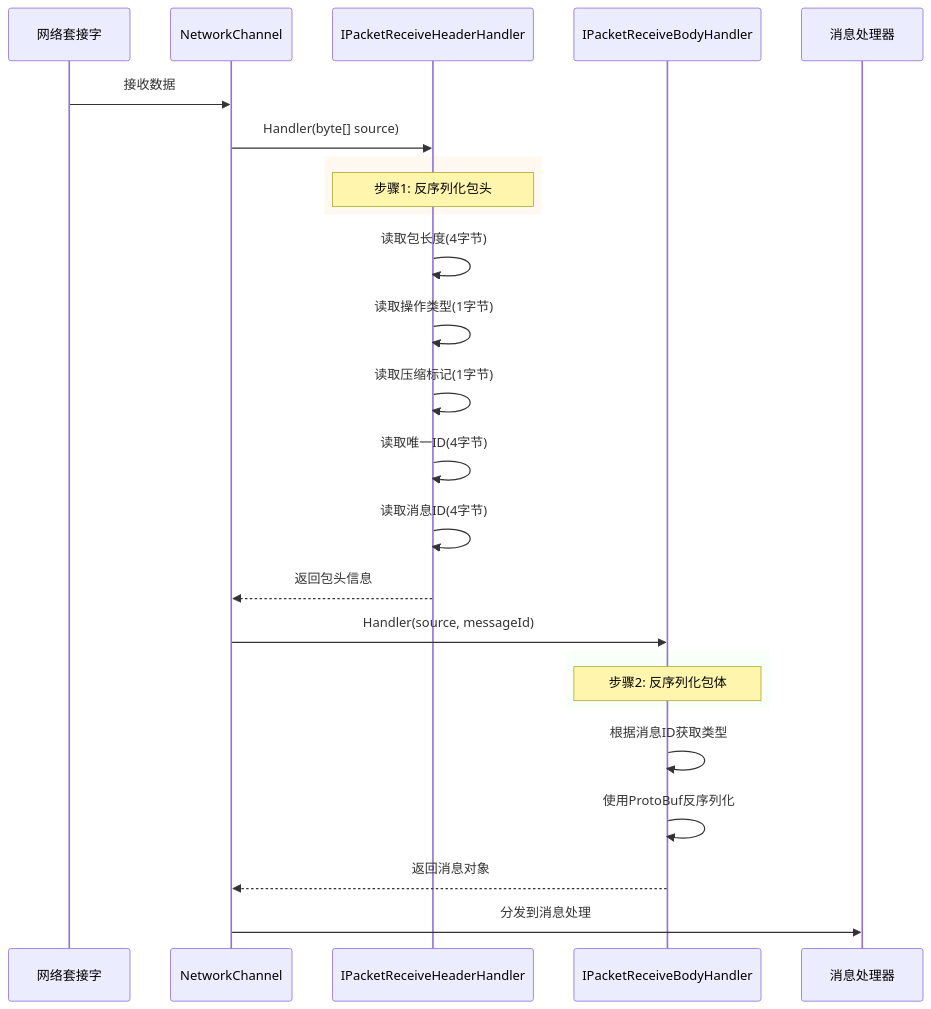
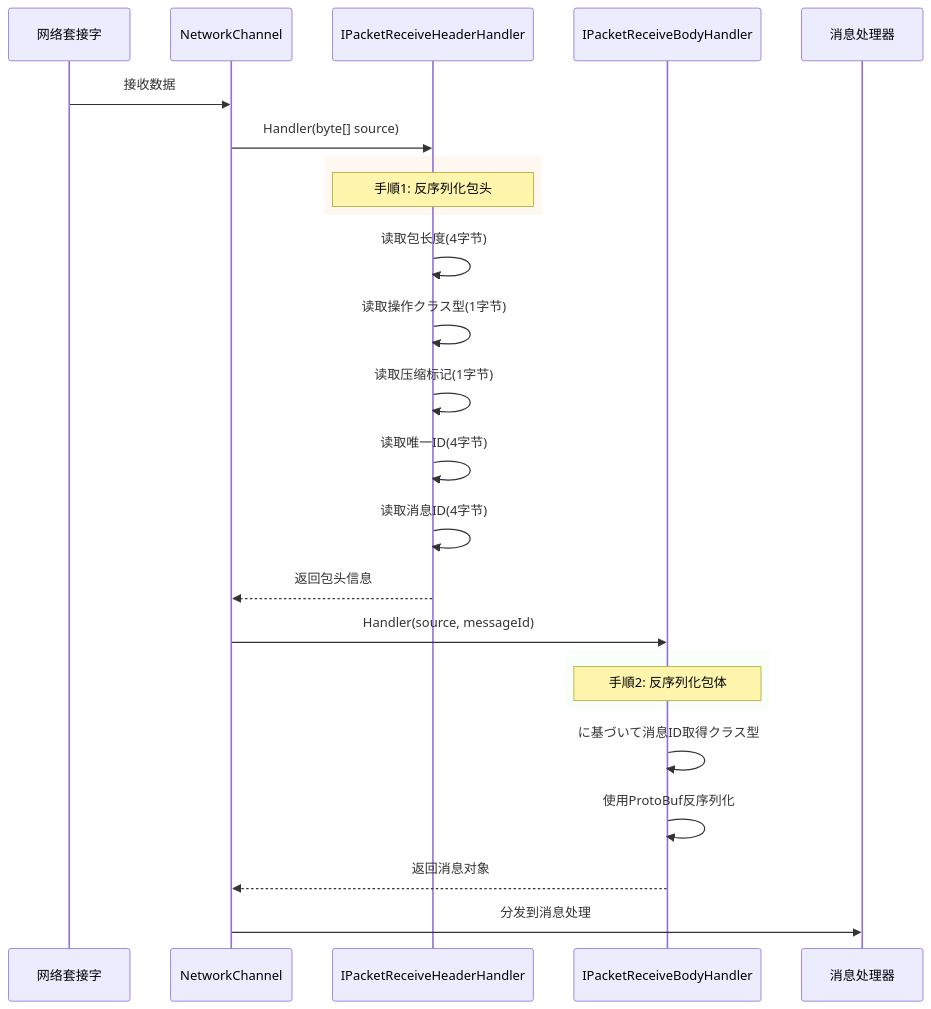
One commit to AlianBlank/GameFrameX.Docs changed the third of 3 diagrams in docs/ja/client/unity/component/network/07.packet-handlers.md. Above: the diagram before and after it, drawn with Mermaid. The commit also changed other lines of this file and 603 other files, not shown here.

````diff
--- a/docs/ja/client/unity/component/network/07.packet-handlers.md
+++ b/docs/ja/client/unity/component/network/07.packet-handlers.md
@@ -111,33 +111,33 @@
 ```mermaid
 sequenceDiagram
     participant Socket as 网络套接字
     participant Channel as NetworkChannel
     participant RecvHeader as IPacketReceiveHeaderHandler
     participant RecvBody as IPacketReceiveBodyHandler
     participant Handler as 消息处理器
 
     Socket->>Channel: 接收数据
     Channel->>RecvHeader: Handler(byte[] source)
     
     rect rgb(255, 248, 240)
-        Note over RecvHeader: 步骤1: 反序列化包头
+        Note over RecvHeader: 手順1: 反序列化包头
     end
     
     RecvHeader->>RecvHeader: 读取包长度(4字节)
-    RecvHeader->>RecvHeader: 读取操作类型(1字节)
+    RecvHeader->>RecvHeader: 读取操作クラス型(1字节)
     RecvHeader->>RecvHeader: 读取压缩标记(1字节)
     RecvHeader->>RecvHeader: 读取唯一ID(4字节)
     RecvHeader->>RecvHeader: 读取消息ID(4字节)
     RecvHeader-->>Channel: 返回包头信息
     
     Channel->>RecvBody: Handler(source, messageId)
     
     rect rgb(248, 255, 248)
-        Note over RecvBody: 步骤2: 反序列化包体
+        Note over RecvBody: 手順2: 反序列化包体
     end
     
-    RecvBody->>RecvBody: 根据消息ID获取类型
+    RecvBody->>RecvBody: に基づいて消息ID取得クラス型
     RecvBody->>RecvBody: 使用ProtoBuf反序列化
     RecvBody-->>Channel: 返回消息对象
     Channel->>Handler: 分发到消息处理
 ```
````
